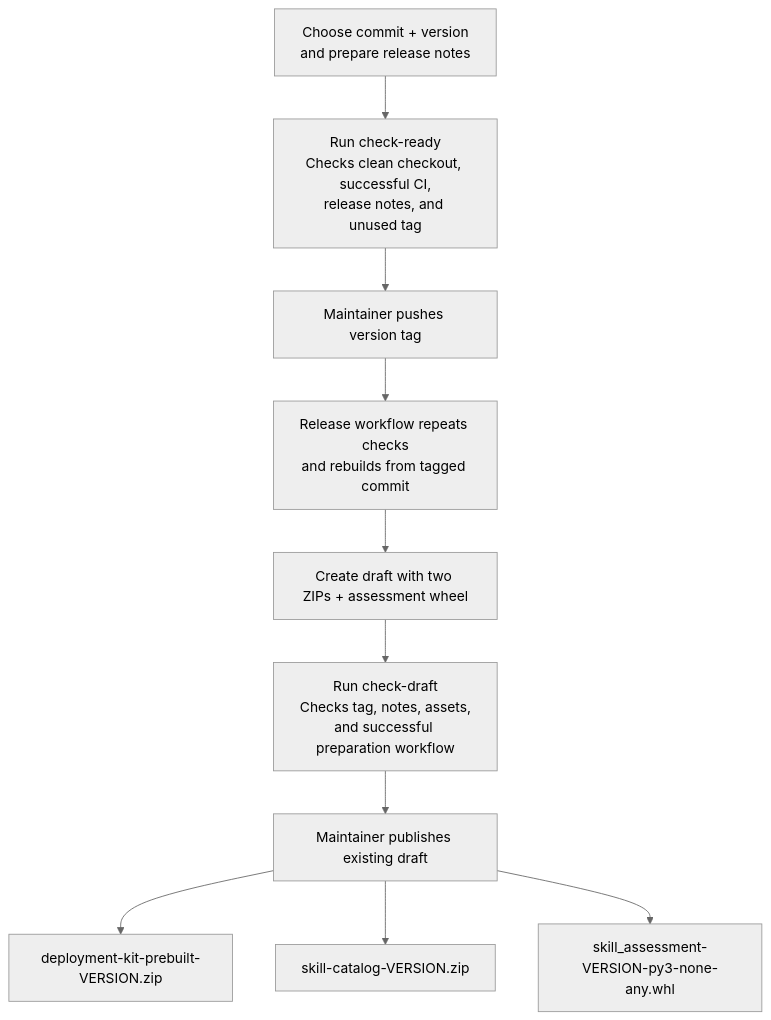
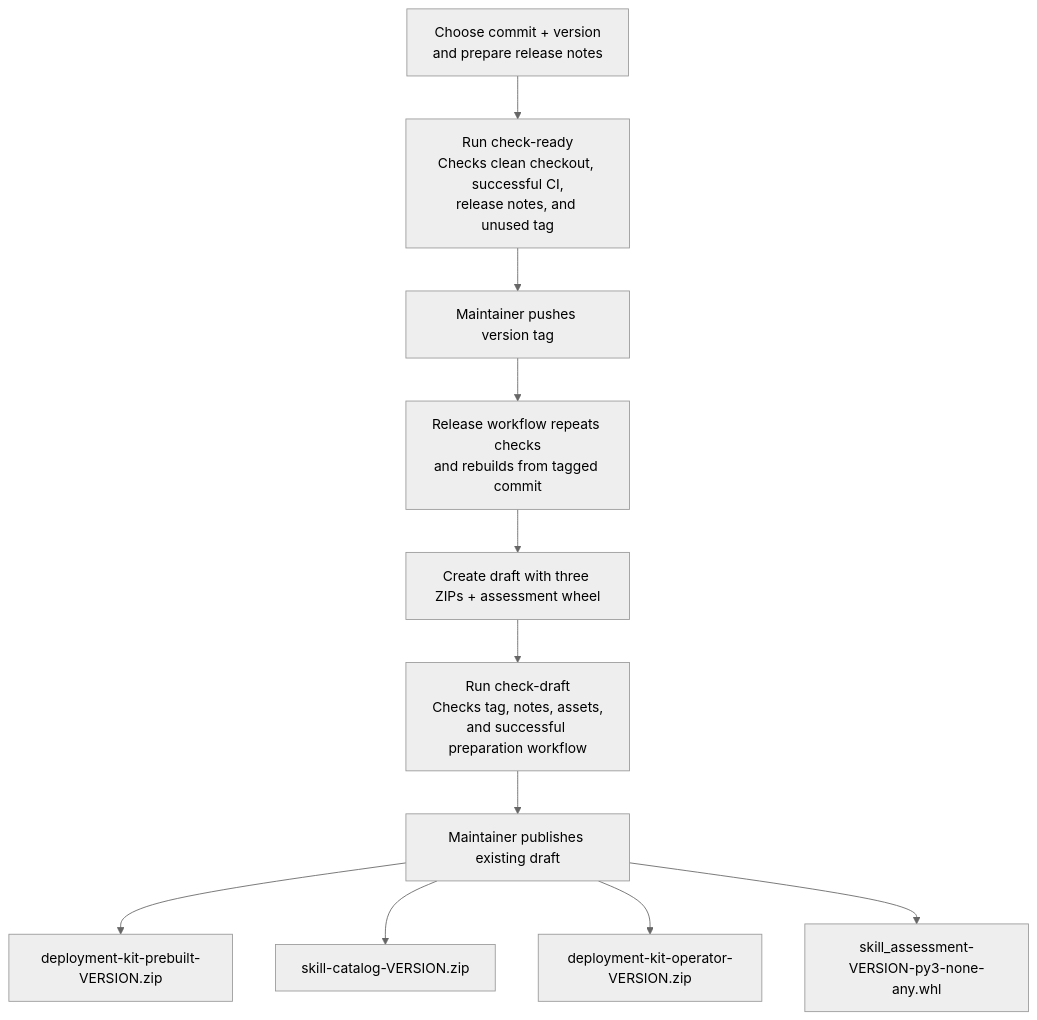
The second of 2 diagrams in CI.md (Code-dot-mil/SkLC), drawn with Mermaid (neutral theme) before and after one commit. The commit also changed other lines of this file and 196 other files, not shown here.

````diff
--- a/CI.md
+++ b/CI.md
@@ -159,13 +162,14 @@
 ```mermaid
 flowchart TD
     R["Choose commit + version<br/>and prepare release notes"]
     R --> Q["Run check-ready<br/>Checks clean checkout, successful CI,<br/>release notes, and unused tag"]
     Q --> T["Maintainer pushes version tag"]
     T --> V["Release workflow repeats checks<br/>and rebuilds from tagged commit"]
-    V --> G["Create draft with two ZIPs + assessment wheel"]
+    V --> G["Create draft with three ZIPs + assessment wheel"]
     G --> H["Run check-draft<br/>Checks tag, notes, assets,<br/>and successful preparation workflow"]
     H --> P["Maintainer publishes existing draft"]
     P --> D["deployment-kit-prebuilt-VERSION.zip"]
     P --> C["skill-catalog-VERSION.zip"]
+    P --> O["deployment-kit-operator-VERSION.zip"]
     P --> A["skill_assessment-VERSION-py3-none-any.whl"]
 ```
````
